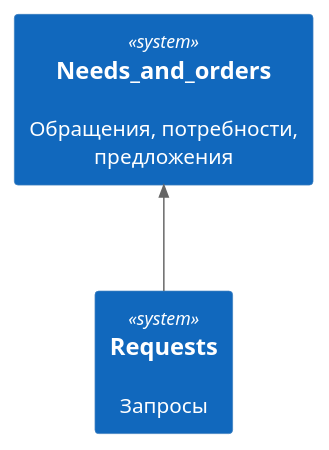
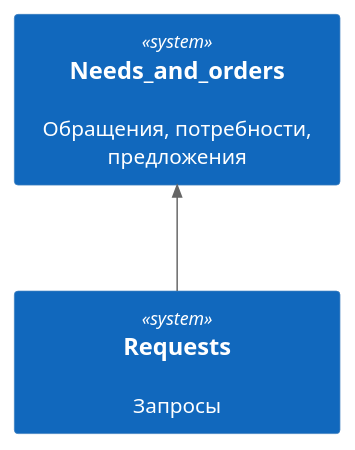
The diagram in static/05_01_03_01_img/requests.puml (lulya31/some), drawn with PlantUML before and after one commit. The commit also changed other lines of this file and 103 other files, not shown here.

```diff
--- a/static/05_01_03_01_img/requests.puml
+++ b/static/05_01_03_01_img/requests.puml
@@ -4,34 +4,26 @@
 @startuml
 
 '!include https://raw.githubusercontent.com/plantuml-stdlib/C4-PlantUML/master/C4_Context.puml
 
 ' uncomment the following line and comment the first to use locally
 ' !include C4_Context.puml
 
 !include static/includes/c4_context.puml
 !include static/includes/c4_container.puml
 
-'left to right direction
-
 'skinparam svgLinkTarget _blank
 skinparam backgroundcolor transparent
+skinparam minClassWidth 200
 
-<style>
-System {
-    MinimumWidth 300
-    MinimumHeight 150
-}
-</style>
-
+'left to right direction
 LAYOUT_TOP_DOWN()
-
 'LAYOUT_AS_SKETCH()
 'LAYOUT_WITH_LEGEND()
 'LAYOUT_LANDSCAPE()
 
 System(needs_and_orders, "Needs_and_orders", "Обращения, потребности, предложения", $link="/05_c4/01_core/03_needs_and_orders/")
 System(requests, "Requests", "Запросы")
 
 Rel_U(requests, needs_and_orders, "")
 
 @enduml
```
